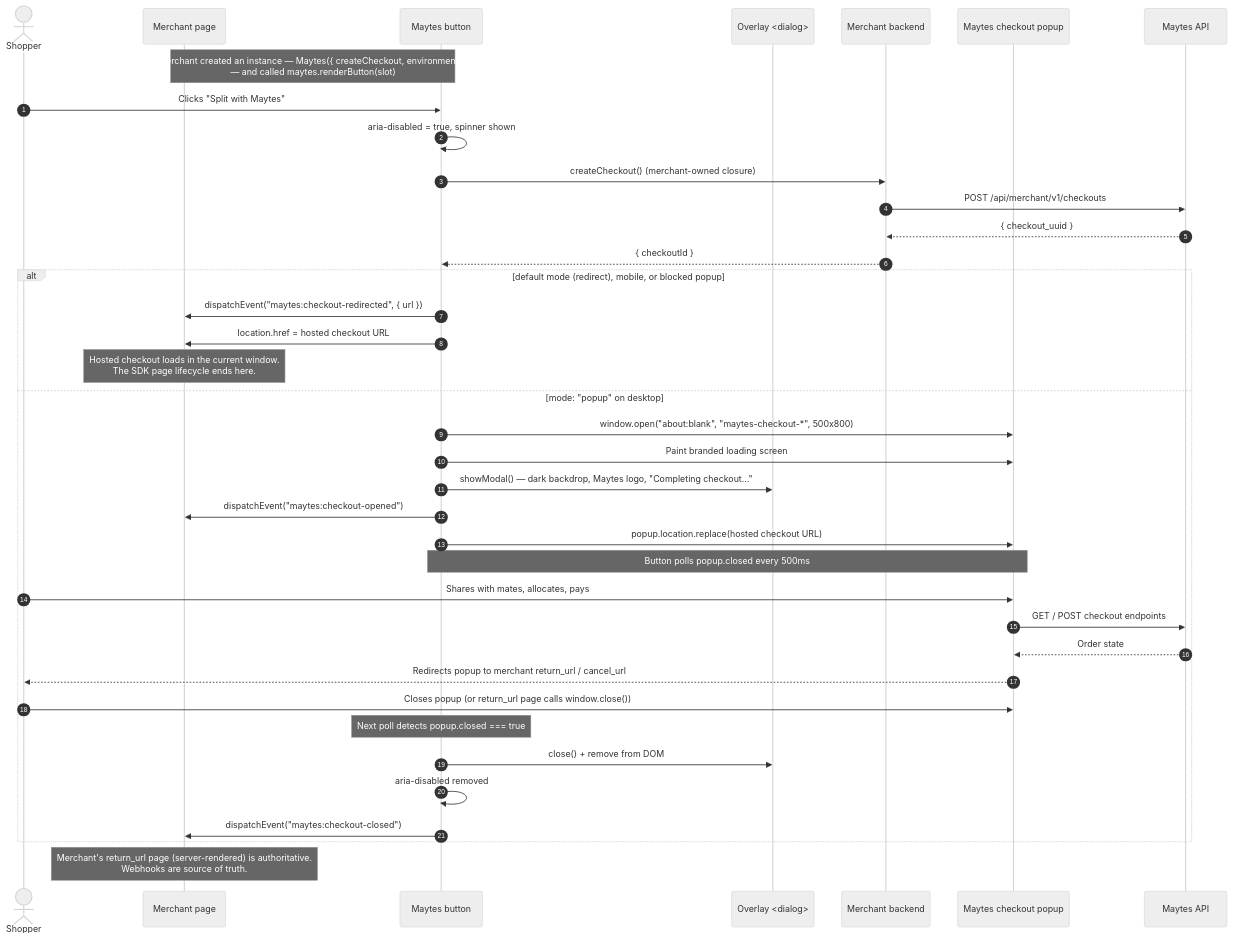
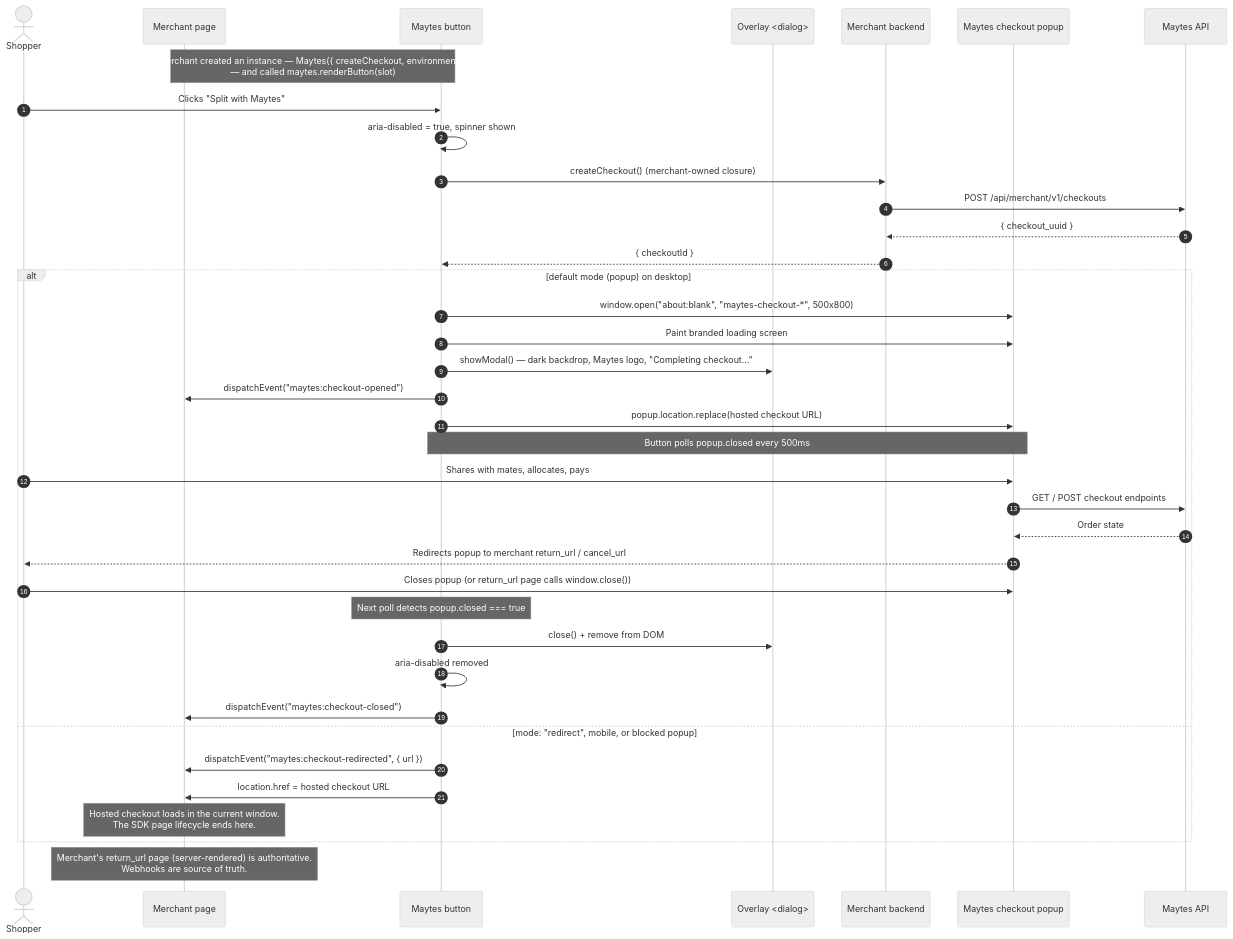
One commit to kttipay/maytes-checkout-button changed the diagram in docs/overview.md. Above: the diagram before and after it, drawn with Mermaid (neutral theme). The commit also changed other lines of this file and 4 other files, not shown here.

First line of the commit message:
feat: default renderButton mode to popup instead of redirect

````diff
--- a/docs/overview.md
+++ b/docs/overview.md
@@ -84,46 +84,46 @@
 ```mermaid
 sequenceDiagram
   autonumber
   actor Shopper
   participant Page as Merchant page
   participant Button as Maytes button
   participant Overlay as Overlay <dialog>
   participant MerchantBE as Merchant backend
   participant Popup as Maytes checkout popup
   participant API as Maytes API
 
   Note over Page,Button: Merchant created an instance — Maytes({ createCheckout, environment })<br/>— and called maytes.renderButton(slot)
 
   Shopper->>Button: Clicks "Split with Maytes"
   Button->>Button: aria-disabled = true, spinner shown
   Button->>MerchantBE: createCheckout() (merchant-owned closure)
   MerchantBE->>API: POST /api/merchant/v1/checkouts
   API-->>MerchantBE: { checkout_uuid }
   MerchantBE-->>Button: { checkoutId }
 
-  alt default mode (redirect), mobile, or blocked popup
-    Button->>Page: dispatchEvent("maytes:checkout-redirected", { url })
-    Button->>Page: location.href = hosted checkout URL
-    Note over Page: Hosted checkout loads in the current window.<br/>The SDK page lifecycle ends here.
-  else mode: "popup" on desktop
+  alt default mode (popup) on desktop
     Button->>Popup: window.open("about:blank", "maytes-checkout-*", 500x800)
     Button->>Popup: Paint branded loading screen
     Button->>Overlay: showModal() — dark backdrop, Maytes logo, "Completing checkout…"
     Button->>Page: dispatchEvent("maytes:checkout-opened")
     Button->>Popup: popup.location.replace(hosted checkout URL)
     Note over Button,Popup: Button polls popup.closed every 500ms
 
     Shopper->>Popup: Shares with mates, allocates, pays
     Popup->>API: GET / POST checkout endpoints
     API-->>Popup: Order state
     Popup-->>Shopper: Redirects popup to merchant return_url / cancel_url
     Shopper->>Popup: Closes popup (or return_url page calls window.close())
 
     Note over Button: Next poll detects popup.closed === true
     Button->>Overlay: close() + remove from DOM
     Button->>Button: aria-disabled removed
     Button->>Page: dispatchEvent("maytes:checkout-closed")
+  else mode: "redirect", mobile, or blocked popup
+    Button->>Page: dispatchEvent("maytes:checkout-redirected", { url })
+    Button->>Page: location.href = hosted checkout URL
+    Note over Page: Hosted checkout loads in the current window.<br/>The SDK page lifecycle ends here.
   end
 
   Note over Page: Merchant's return_url page (server-rendered) is authoritative.<br/>Webhooks are source of truth.
 ```
````
